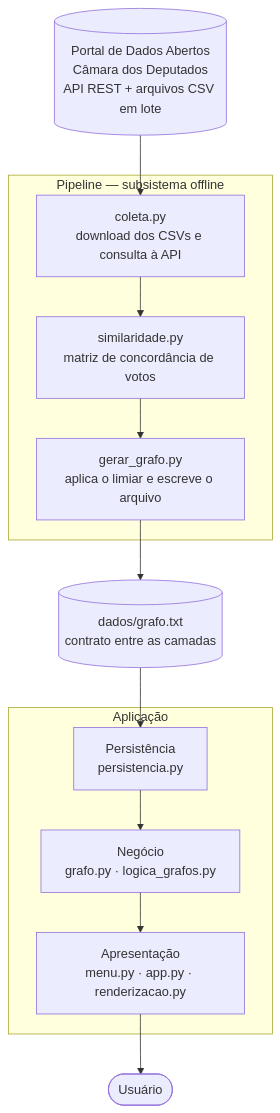
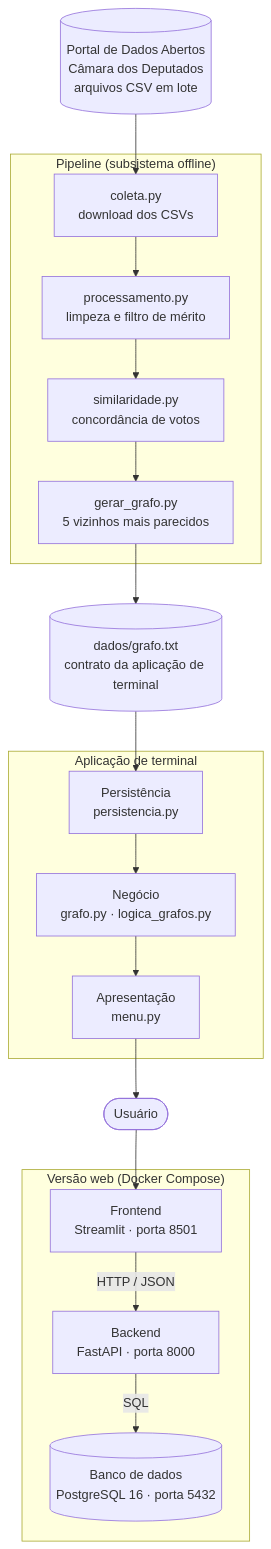
The second of 2 diagrams in README.md (hissapinto/o-gabinete), drawn with Mermaid before and after one commit. The commit also changed other lines of this file and 1 other file, not shown here.

Commit message:
docs: registra ADR do banco de dados e atualiza arquitetura no README

````diff
--- a/README.md
+++ b/README.md
@@ -259,23 +260,31 @@
 ```mermaid
 flowchart TB
-    A[("Portal de Dados Abertos<br/>Câmara dos Deputados<br/>API REST + arquivos CSV em lote")]
+    A[("Portal de Dados Abertos<br/>Câmara dos Deputados<br/>arquivos CSV em lote")]
 
-    subgraph Pipeline["Pipeline — subsistema offline"]
-        B["coleta.py<br/>download dos CSVs e consulta à API"]
-        C["similaridade.py<br/>matriz de concordância de votos"]
-        D["gerar_grafo.py<br/>aplica o limiar e escreve o arquivo"]
+    subgraph Pipeline["Pipeline (subsistema offline)"]
+        B["coleta.py<br/>download dos CSVs"]
+        B2["processamento.py<br/>limpeza e filtro de mérito"]
+        C["similaridade.py<br/>concordância de votos"]
+        D["gerar_grafo.py<br/>5 vizinhos mais parecidos"]
     end
 
-    E[("dados/grafo.txt<br/>contrato entre as camadas")]
+    E[("dados/grafo.txt<br/>contrato da aplicação de terminal")]
 
-    subgraph App["Aplicação"]
+    subgraph Terminal["Aplicação de terminal"]
         F["Persistência<br/>persistencia.py"]
         G["Negócio<br/>grafo.py · logica_grafos.py"]
-        H["Apresentação<br/>menu.py · app.py · renderizacao.py"]
+        H["Apresentação<br/>menu.py"]
+    end
+
+    subgraph Web["Versão web (Docker Compose)"]
+        W1["Frontend<br/>Streamlit · porta 8501"]
+        W2["Backend<br/>FastAPI · porta 8000"]
+        W3[("Banco de dados<br/>PostgreSQL 16 · porta 5432")]
     end
 
     Usuario(["Usuário"])
 
-    A --> B --> C --> D --> E
+    A --> B --> B2 --> C --> D --> E
     E --> F --> G --> H --> Usuario
+    Usuario --> W1 -->|HTTP / JSON| W2 -->|SQL| W3
 ```
````
